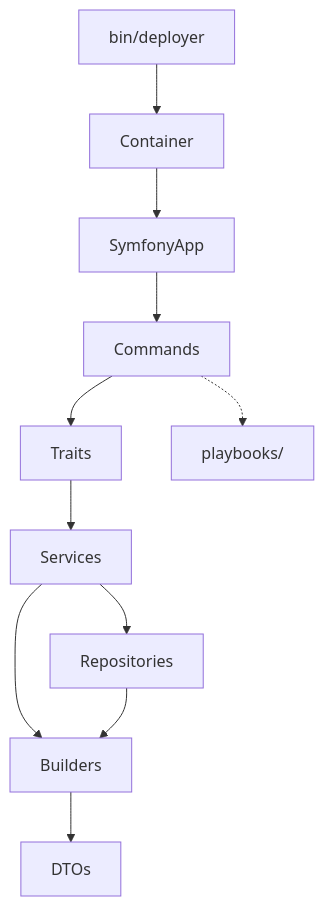
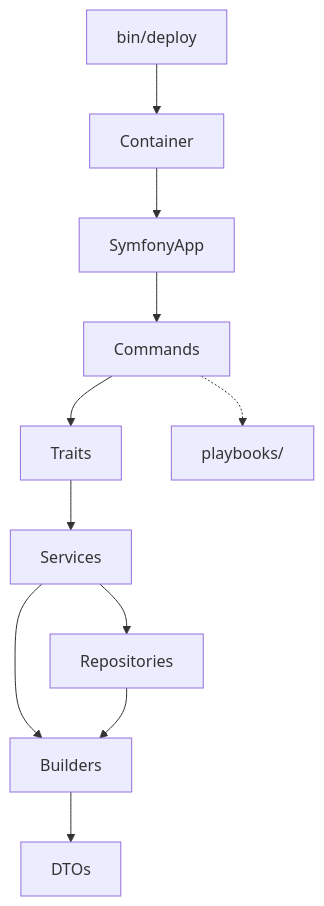
The diagram in AGENTS.md (Bigpixelrocket/deploy-core), drawn with Mermaid before and after one commit. The commit also changed other lines of this file and 215 other files, not shown here.

````diff
--- a/AGENTS.md
+++ b/AGENTS.md
@@ -22,8 +22,8 @@
 ```mermaid
 flowchart TD
-    bin/deployer --> Container --> SymfonyApp --> Commands
+    bin/deploy --> Container --> SymfonyApp --> Commands
     Commands --> Traits --> Services --> Repositories
     Services --> Builders --> DTOs
     Repositories --> Builders
     Commands -.-> playbooks[playbooks/]
 ```
````
